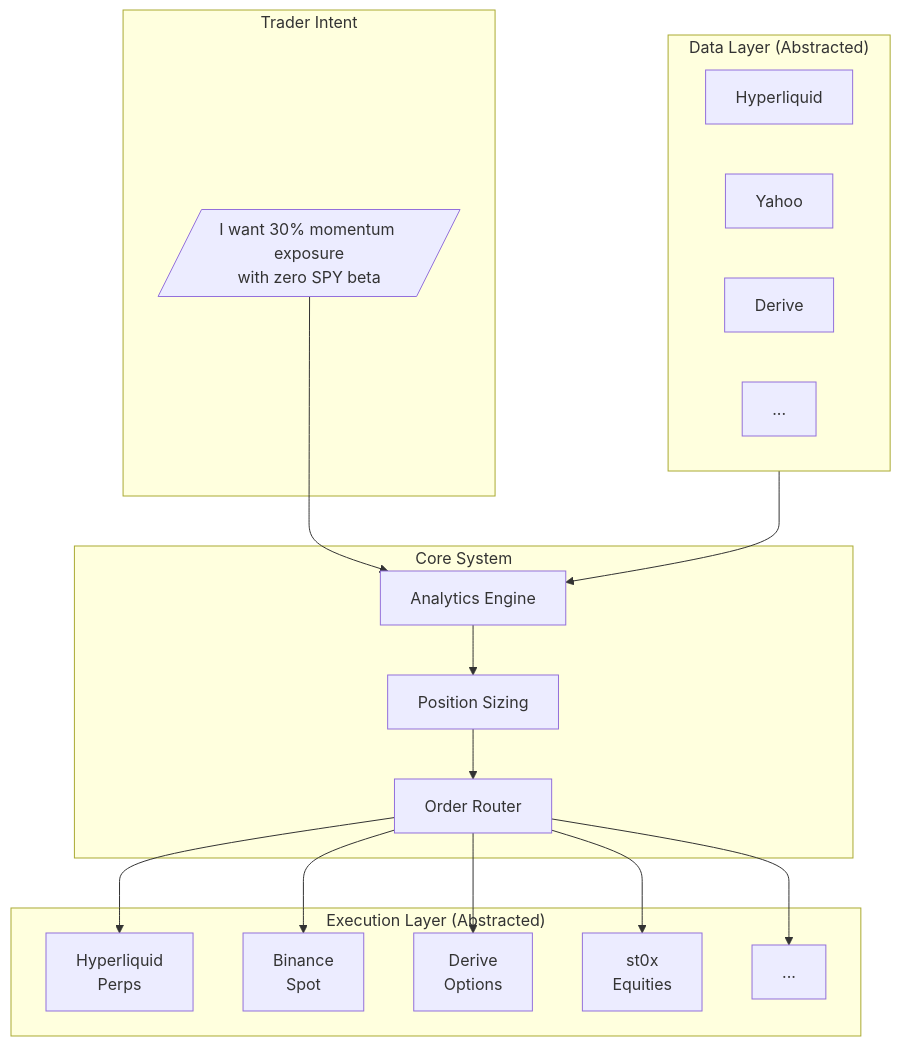
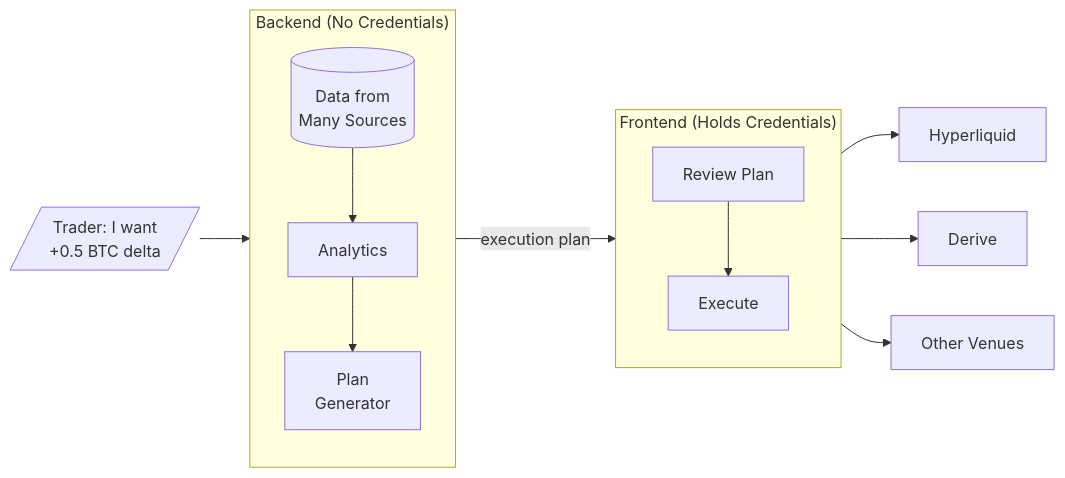
The first of 17 diagrams in SPEC.md (dataclique/moneymentum), drawn with Mermaid before and after one commit. The commit also changed other lines of this file, not shown here.

Commit message:
fix diagrams

````diff
--- a/SPEC.md
+++ b/SPEC.md
@@ -50,37 +50,29 @@
 ```mermaid
-flowchart TB
-    subgraph Trader["Trader Intent"]
-        T[/"I want 30% momentum exposure<br/>with zero SPY beta"/]
+flowchart LR
+    T[/"Trader: I want<br/>+0.5 BTC delta"/]
+
+    subgraph Backend["Backend (No Credentials)"]
+        direction TB
+        DATA[(Data from<br/>Many Sources)]
+        ANAL[Analytics]
+        PLAN[Plan<br/>Generator]
+        DATA --> ANAL --> PLAN
     end
 
-    subgraph Core["Core System"]
-        AN[Analytics Engine]
-        PS[Position Sizing]
-        OR[Order Router]
+    subgraph Frontend["Frontend (Holds Credentials)"]
+        direction TB
+        UI[Review Plan]
+        EX[Execute]
+        UI --> EX
     end
 
-    subgraph DataLayer["Data Layer (Abstracted)"]
-        D1[Hyperliquid]
-        D2[Yahoo]
-        D3[Derive]
-        D4[...]
-    end
+    V1[Hyperliquid]
+    V2[Derive]
+    V3[Other Venues]
 
-    subgraph ExecLayer["Execution Layer (Abstracted)"]
-        E1[Hyperliquid<br/>Perps]
-        E2[Binance<br/>Spot]
-        E3[Derive<br/>Options]
-        E4[st0x<br/>Equities]
-        E5[...]
-    end
-
-    T --> AN
-    DataLayer --> AN
-    AN --> PS
-    PS --> OR
-    OR --> E1
-    OR --> E2
-    OR --> E3
-    OR --> E4
-    OR --> E5
+    T --> PLAN
+    PLAN -->|execution plan| UI
+    EX --> V1
+    EX --> V2
+    EX --> V3
 ```
````
